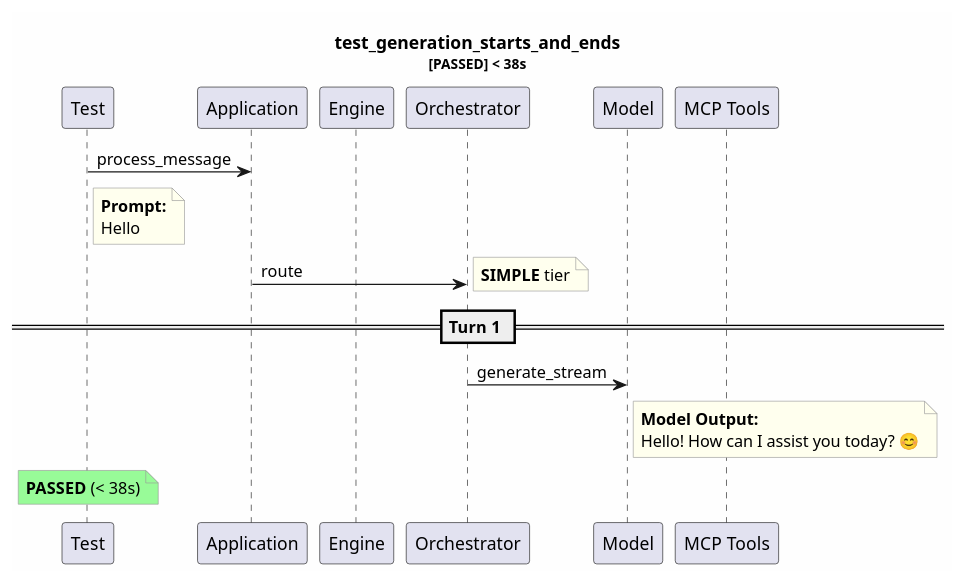
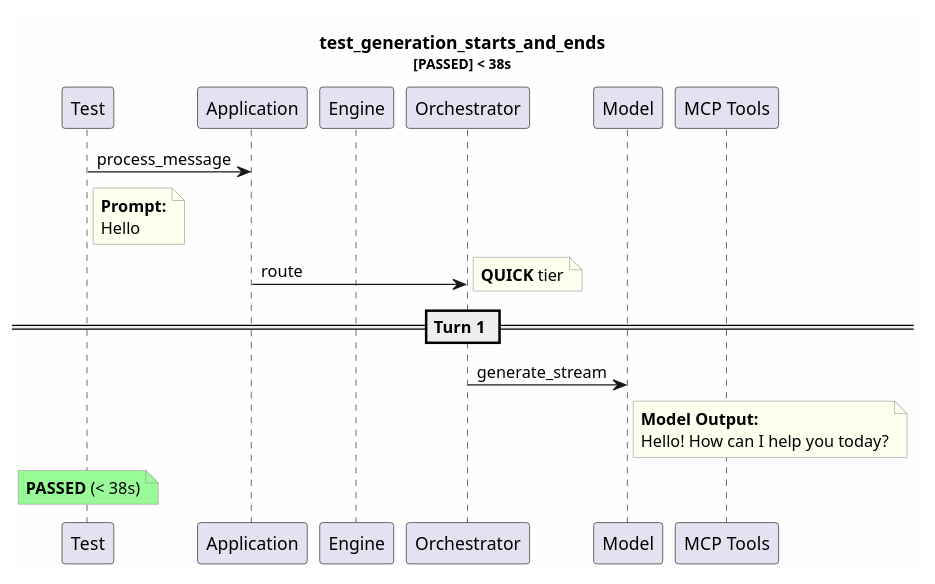
The diagram in test-reports/logs/test_generation_starts_and_ends/test_generation_starts_and_ends.puml (tvanfossen/entropic), drawn with PlantUML before and after one commit. The commit also changed 142 other files, not shown here.

```diff
--- a/test-reports/logs/test_generation_starts_and_ends/test_generation_starts_and_ends.puml
+++ b/test-reports/logs/test_generation_starts_and_ends/test_generation_starts_and_ends.puml
@@ -1,31 +1,31 @@
 @startuml
 skinparam backgroundColor #FEFEFE
 skinparam noteBorderColor #999999
 skinparam noteBackgroundColor #FFFFEE
 title test_generation_starts_and_ends\n<size:11>[PASSED] < 38s</size>
 
 participant "Test" as T
 participant "Application" as App
 participant "Engine" as Eng
 participant "Orchestrator" as Orch
 participant "Model" as Mdl
 participant "MCP Tools" as MCP
 
 T -> App: process_message
 note right of T
   **Prompt:**
   Hello
 end note
 App -> Orch: route
-note right: **SIMPLE** tier
+note right: **QUICK** tier
 == Turn 1 ==
 Orch -> Mdl: generate_stream
 note right of Mdl
   **Model Output:**
-  Hello! How can I assist you today? 😊
+  Hello! How can I help you today?
 end note
 note over T #palegreen
   **PASSED** (< 38s)
 end note
 
 @enduml
```
